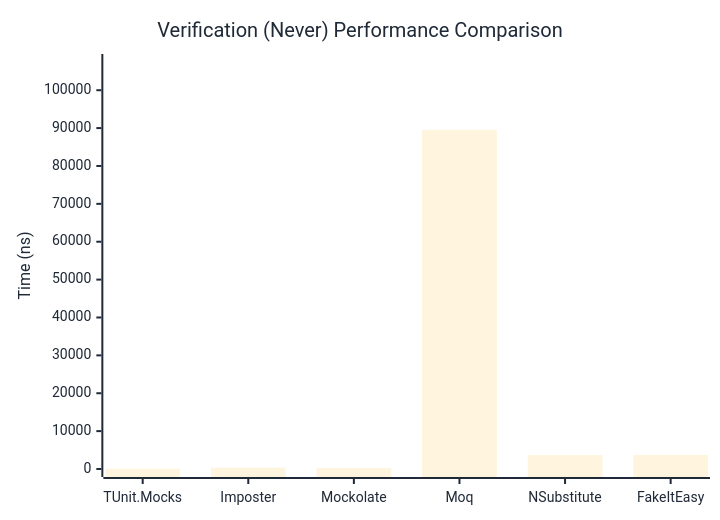
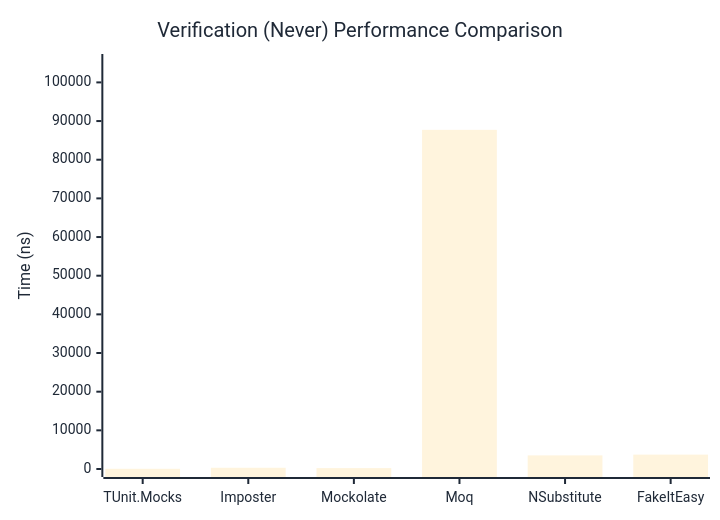
The second of 3 diagrams in docs/docs/benchmarks/mocks/Verification.md (thomhurst/TUnit), drawn with Mermaid before and after one commit. The commit also changed other lines of this file and 14 other files, not shown here.

````diff
--- a/docs/docs/benchmarks/mocks/Verification.md
+++ b/docs/docs/benchmarks/mocks/Verification.md
@@ -71,27 +71,27 @@
 ```mermaid
 %%{init: {
   'theme':'base',
   'themeVariables': {
     'primaryColor': '#2563eb',
     'primaryTextColor': '#1f2937',
     'primaryBorderColor': '#1e40af',
     'lineColor': '#6b7280',
     'secondaryColor': '#7c3aed',
     'tertiaryColor': '#dc2626',
     'background': '#ffffff',
     'pie1': '#2563eb',
     'pie2': '#7c3aed',
     'pie3': '#dc2626',
     'pie4': '#f59e0b',
     'pie5': '#10b981',
     'pie6': '#06b6d4',
     'pie7': '#ec4899',
     'pie8': '#6366f1'
   }
 }}%%
 xychart-beta
   title "Verification (Never) Performance Comparison"
   x-axis ["TUnit.Mocks", "Imposter", "Mockolate", "Moq", "NSubstitute", "FakeItEasy"]
-  y-axis "Time (ns)" 0 --> 107447
-  bar [56.29, 344.95, 257.91, 89539.03, 3683.7, 3730.76]
+  y-axis "Time (ns)" 0 --> 105276
+  bar [52.69, 322.19, 233.95, 87729.42, 3517.28, 3719.39]
 ```
````
